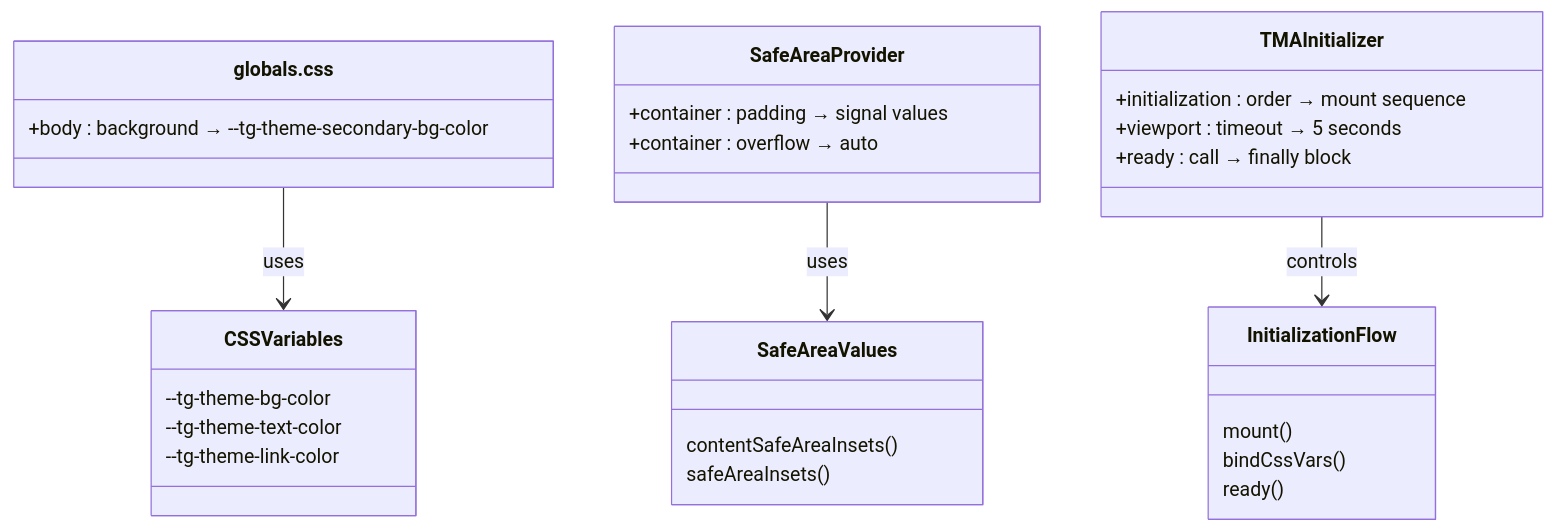
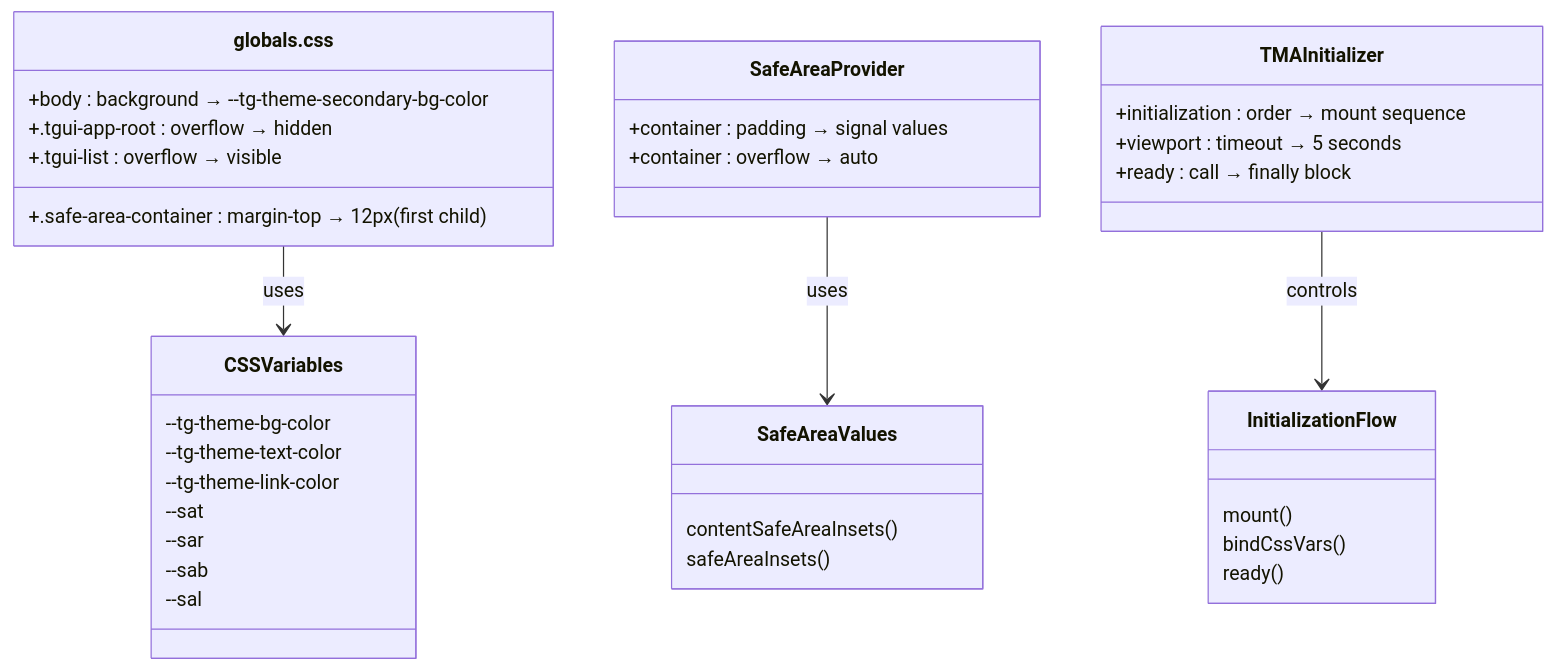
One commit to Miaterio/Passion-bot-2 changed the third of 4 diagrams in .qoder/repowiki/en/content/Core Architecture/Theme and Viewport Integration.md. Above: the diagram before and after it, drawn with Mermaid. The commit also changed other lines of this file and 3 other files, not shown here.

Commit message:
docs: Update core architecture documentation and refresh code snippet metadata.

````diff
--- a/.qoder/repowiki/en/content/Core Architecture/Theme and Viewport Integration.md
+++ b/.qoder/repowiki/en/content/Core Architecture/Theme and Viewport Integration.md
@@ -131,32 +148,39 @@
 ```mermaid
 classDiagram
 class globals.css {
 +body : background → --tg-theme-secondary-bg-color
++.safe-area-container : margin-top → 12px (first child)
++.tgui-app-root : overflow → hidden
++.tgui-list : overflow → visible
 }
 class SafeAreaProvider {
 +container : padding → signal values
 +container : overflow → auto
 }
 class TMAInitializer {
 +initialization : order → mount sequence
 +viewport : timeout → 5 seconds
 +ready : call → finally block
 }
 globals.css --> CSSVariables : uses
 SafeAreaProvider --> SafeAreaValues : uses
 TMAInitializer --> InitializationFlow : controls
 class CSSVariables {
 --tg-theme-bg-color
 --tg-theme-text-color
 --tg-theme-link-color
+--sat
+--sar
+--sab
+--sal
 }
 class SafeAreaValues {
 contentSafeAreaInsets()
 safeAreaInsets()
 }
 class InitializationFlow {
 mount()
 bindCssVars()
 ready()
 }
 ```
````
